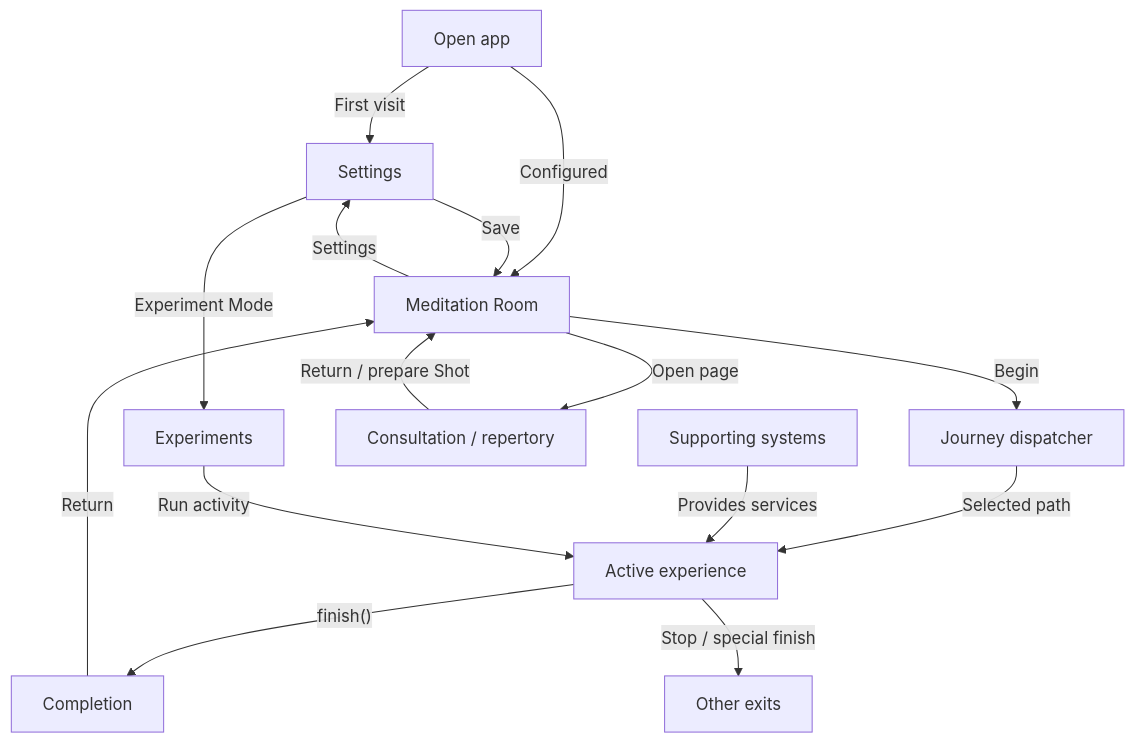
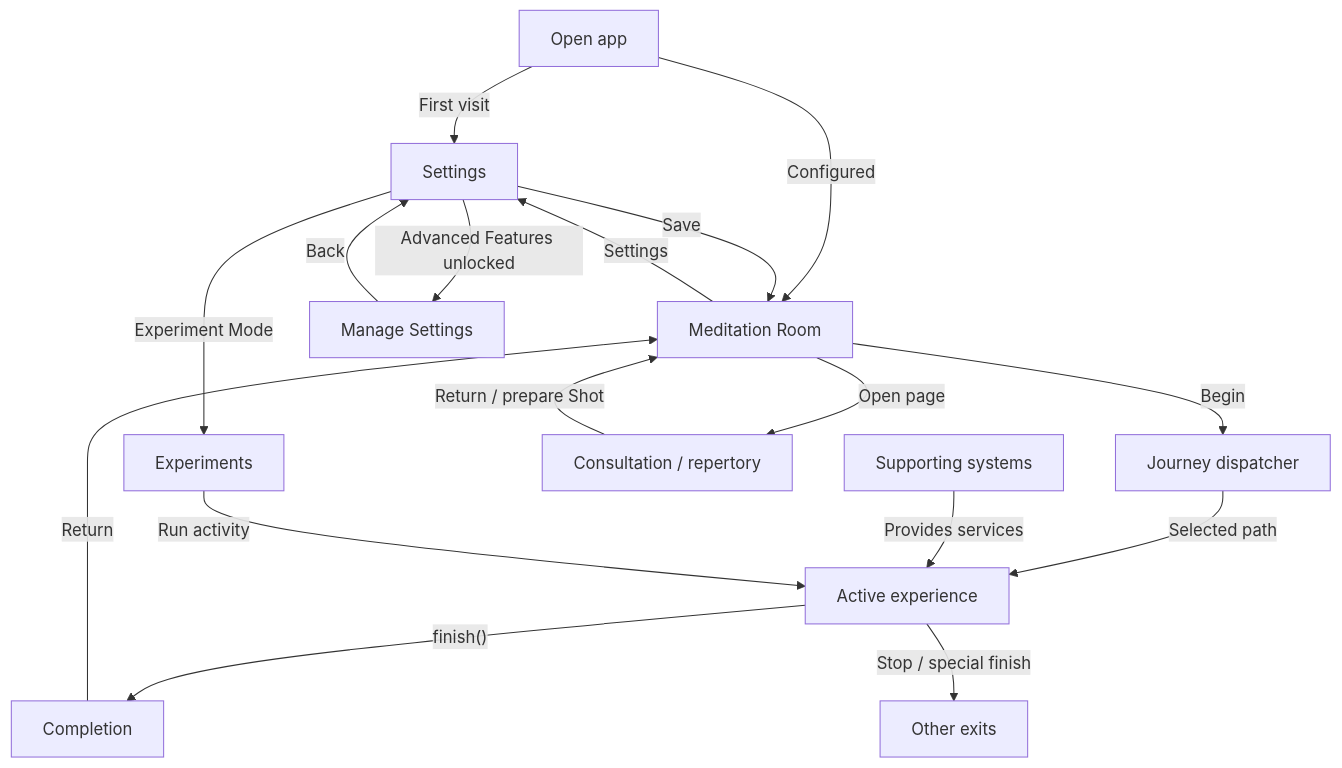
One commit to missionode/lite changed the first of 25 diagrams in docs/app-map/FLOW-REFERENCE.md. Above: the diagram before and after it, drawn with Mermaid. The commit also changed other lines of this file and 15 other files, not shown here.

First line of the commit message:
[CP-SETTINGS-001] Add advanced settings backup

````diff
--- a/docs/app-map/FLOW-REFERENCE.md
+++ b/docs/app-map/FLOW-REFERENCE.md
@@ -44,27 +45,30 @@
 ```mermaid
 flowchart TD
   launch["Open app"]
   settings["Settings"]
   lobby["Meditation Room"]
+  manage["Manage Settings"]
   experiments["Experiments"]
   journeys["Journey dispatcher"]
   consult["Consultation / repertory"]
   runtime["Active experience"]
   support["Supporting systems"]
   complete["Completion"]
   other["Other exits"]
   launch -->|"First visit"| settings
   launch -->|"Configured"| lobby
   settings -->|"Save"| lobby
   lobby -->|"Settings"| settings
+  settings -->|"Advanced Features unlocked"| manage
+  manage -->|"Back"| settings
   settings -->|"Experiment Mode"| experiments
   lobby -->|"Begin"| journeys
   lobby -->|"Open page"| consult
   journeys -->|"Selected path"| runtime
   support -->|"Provides services"| runtime
   runtime -->|"finish()"| complete
   runtime -->|"Stop / special finish"| other
   experiments -->|"Run activity"| runtime
   complete -->|"Return"| lobby
   consult -->|"Return / prepare Shot"| lobby
 ```
````
